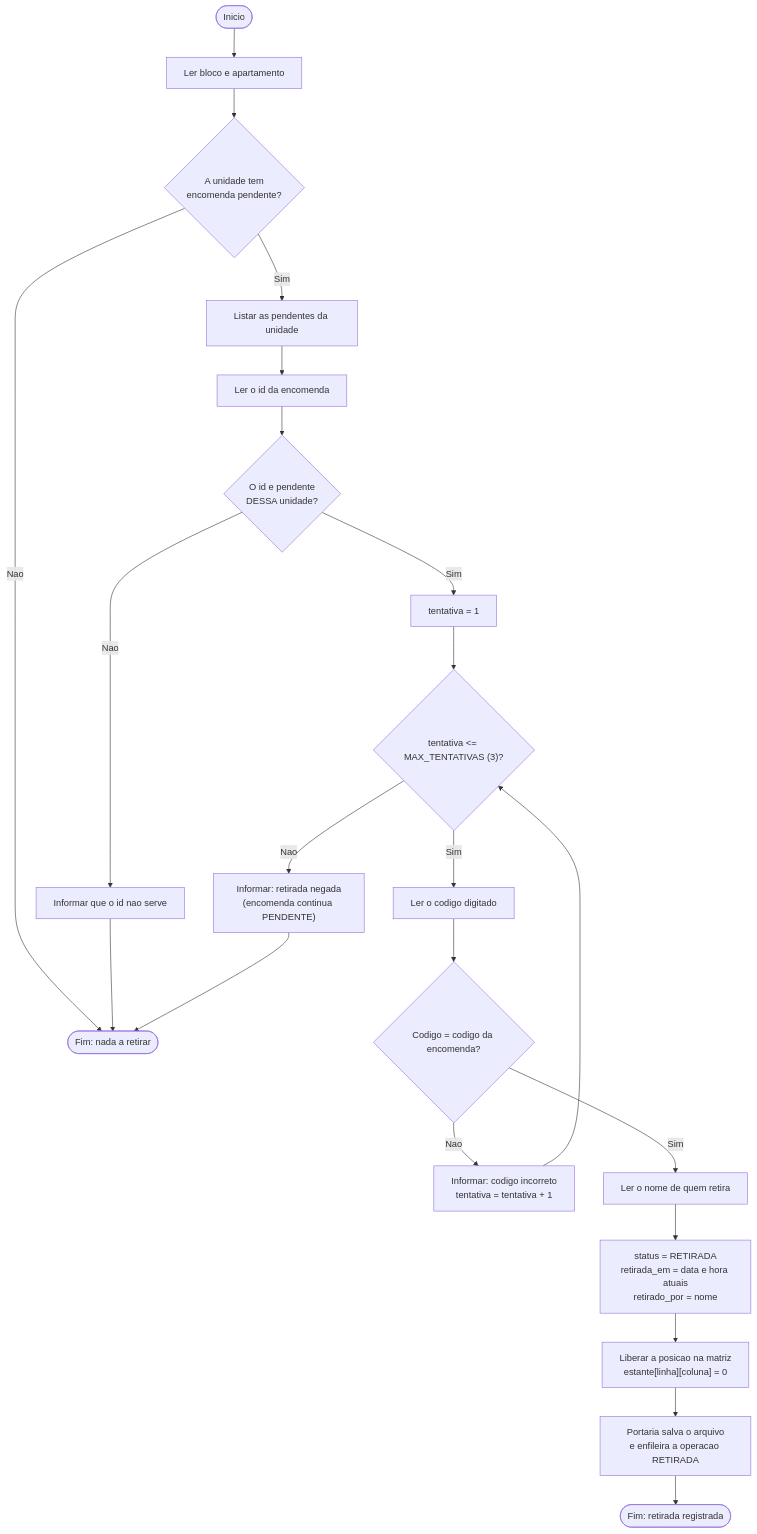
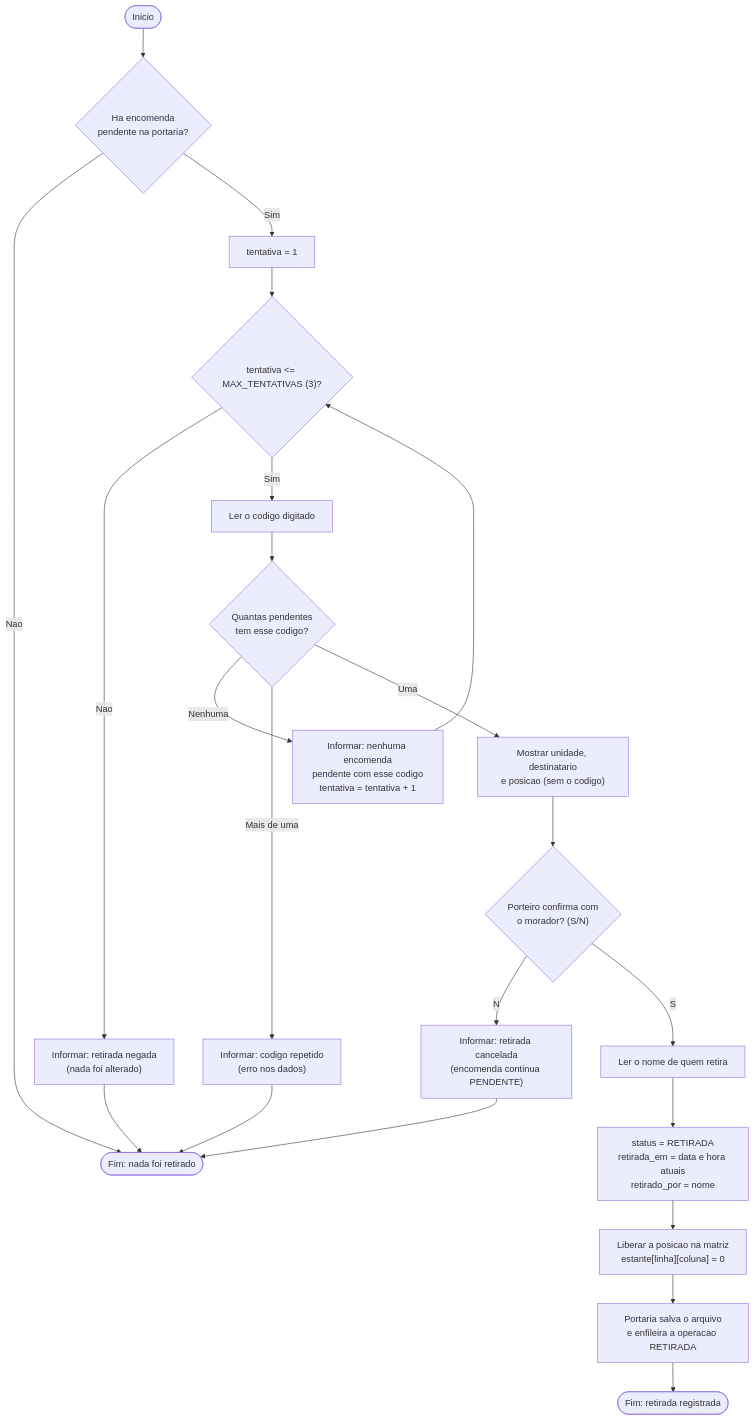
The diagram in 05-programa-c/algoritmos/fluxogramas/A3.mmd (danieelaugustoo/pim), drawn with Mermaid before and after one commit. The commit also changed 22 other files, not shown here.

First line of the commit message:
feat(retirada): busca da encomenda pelo codigo com confirmacao do porteiro (US04)

```diff
--- a/05-programa-c/algoritmos/fluxogramas/A3.mmd
+++ b/05-programa-c/algoritmos/fluxogramas/A3.mmd
@@ -1,23 +1,23 @@
-%% A3 - Registrar retirada
+%% A3 - Registrar retirada (pelo codigo, com confirmacao)
 flowchart TD
-    I(["Inicio"]) --> U["Ler bloco e apartamento"]
-    U --> P{"A unidade tem<br/>encomenda pendente?"}
-    P -- Nao --> F(["Fim: nada a retirar"])
-    P -- Sim --> L["Listar as pendentes da unidade"]
-    L --> ID["Ler o id da encomenda"]
-    ID --> V{"O id e pendente<br/>DESSA unidade?"}
-    V -- Nao --> V1["Informar que o id nao serve"]
-    V1 --> F
-    V -- Sim --> T["tentativa = 1"]
+    I(["Inicio"]) --> P0{"Ha encomenda<br/>pendente na portaria?"}
+    P0 -- Nao --> F(["Fim: nada foi retirado"])
+    P0 -- Sim --> T["tentativa = 1"]
     T --> C{"tentativa <= MAX_TENTATIVAS (3)?"}
-    C -- Nao --> N["Informar: retirada negada<br/>(encomenda continua PENDENTE)"]
+    C -- Nao --> N["Informar: retirada negada<br/>(nada foi alterado)"]
     N --> F
     C -- Sim --> D["Ler o codigo digitado"]
-    D --> Q{"Codigo = codigo da encomenda?"}
-    Q -- Nao --> Q1["Informar: codigo incorreto<br/>tentativa = tentativa + 1"]
-    Q1 --> C
-    Q -- Sim --> NM["Ler o nome de quem retira"]
+    D --> A{"Quantas pendentes<br/>tem esse codigo?"}
+    A -- "Nenhuma" --> A1["Informar: nenhuma encomenda<br/>pendente com esse codigo<br/>tentativa = tentativa + 1"]
+    A1 --> C
+    A -- "Mais de uma" --> A2["Informar: codigo repetido<br/>(erro nos dados)"]
+    A2 --> F
+    A -- "Uma" --> M["Mostrar unidade, destinatario<br/>e posicao (sem o codigo)"]
+    M --> Q{"Porteiro confirma com<br/>o morador? (S/N)"}
+    Q -- "N" --> Q1["Informar: retirada cancelada<br/>(encomenda continua PENDENTE)"]
+    Q1 --> F
+    Q -- "S" --> NM["Ler o nome de quem retira"]
     NM --> S["status = RETIRADA<br/>retirada_em = data e hora atuais<br/>retirado_por = nome"]
     S --> LB["Liberar a posicao na matriz<br/>estante[linha][coluna] = 0"]
     LB --> OP["Portaria salva o arquivo<br/>e enfileira a operacao RETIRADA"]
     OP --> F2(["Fim: retirada registrada"])
```
